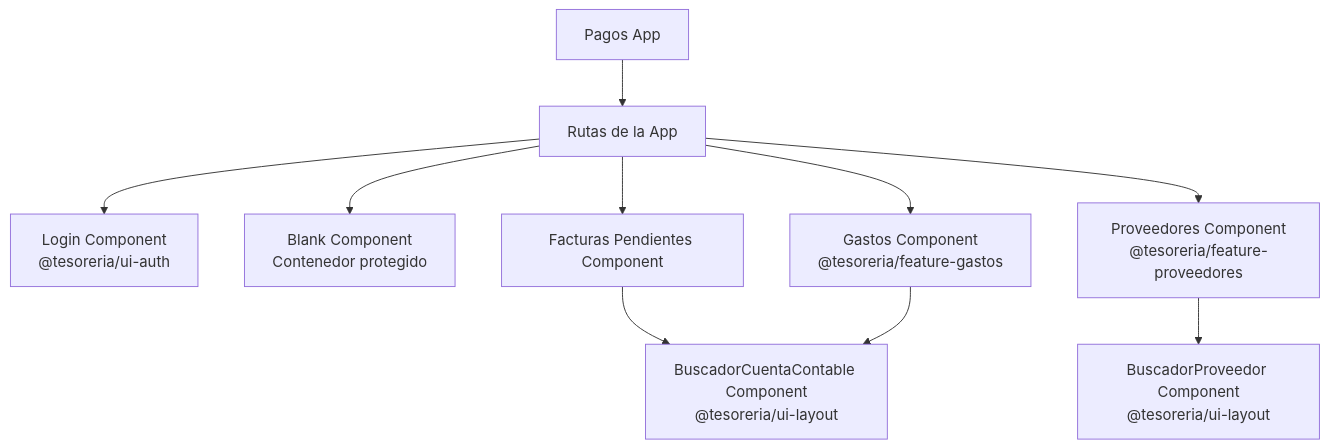
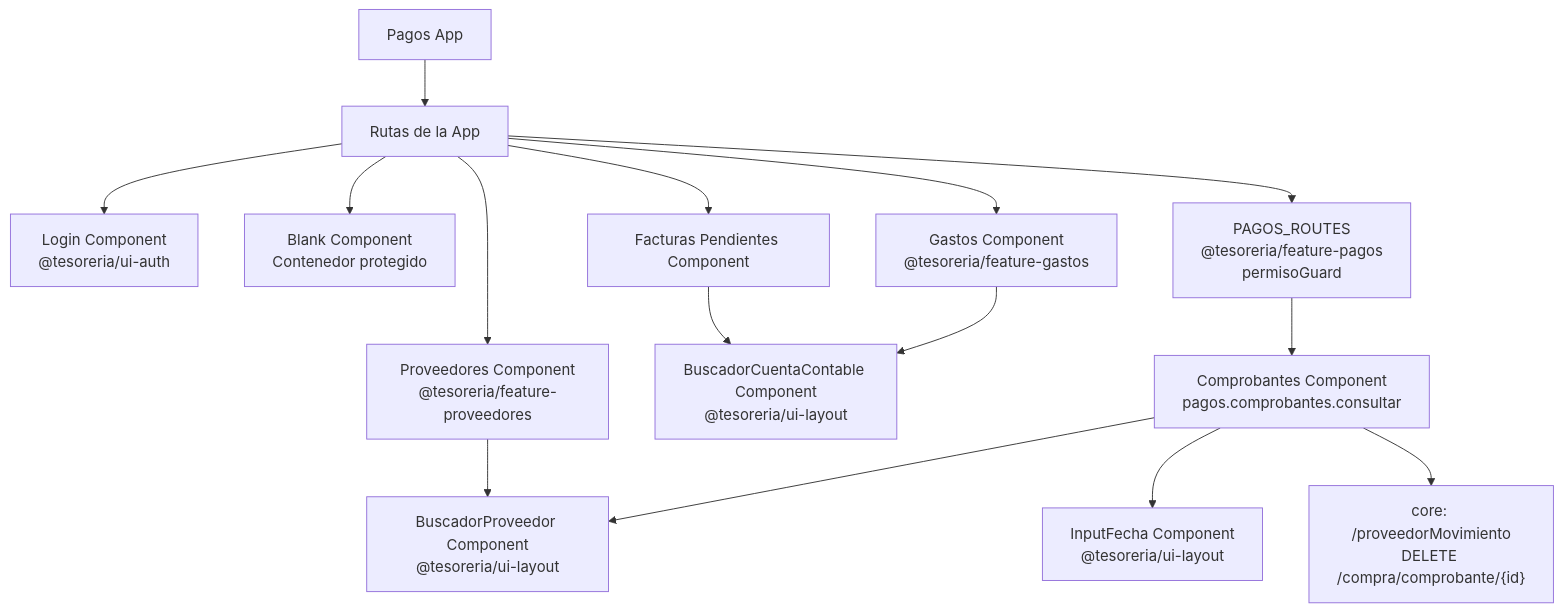
Before and after one commit to UM-services/UM.tesoreria.frontend-client: the sixth of 8 diagrams in docs/architecture.md, drawn with Mermaid. The commit also changed other lines of this file and 5 other files, not shown here.

````diff
--- a/docs/architecture.md
+++ b/docs/architecture.md
@@ -309,13 +313,18 @@
 ```mermaid
     flowchart TD
     PagosApp["Pagos App"] --> AppRoutes["Rutas de la App"]
     AppRoutes --> Login["Login Component<br/>@tesoreria/ui-auth"]
     AppRoutes --> Blank["Blank Component<br/>Contenedor protegido"]
     AppRoutes --> Facturas["Facturas Pendientes Component"]
     AppRoutes --> Proveedores["Proveedores Component<br/>@tesoreria/feature-proveedores"]
     AppRoutes --> Gastos["Gastos Component<br/>@tesoreria/feature-gastos"]
+    AppRoutes --> Comprobantes["PAGOS_ROUTES<br/>@tesoreria/feature-pagos<br/>permisoGuard"]
 
     Facturas --> BuscadorCuentaContable["BuscadorCuentaContable Component<br/>@tesoreria/ui-layout"]
     Proveedores --> BuscadorProveedor["BuscadorProveedor Component<br/>@tesoreria/ui-layout"]
     Gastos --> BuscadorCuentaContable
+    Comprobantes --> ComprobantesComp["Comprobantes Component<br/>pagos.comprobantes.consultar"]
+    ComprobantesComp --> BuscadorProveedor
+    ComprobantesComp --> InputFecha["InputFecha Component<br/>@tesoreria/ui-layout"]
+    ComprobantesComp --> MovimientoAPI["core: /proveedorMovimiento<br/>DELETE /compra/comprobante/{id}"]
 ```
````
